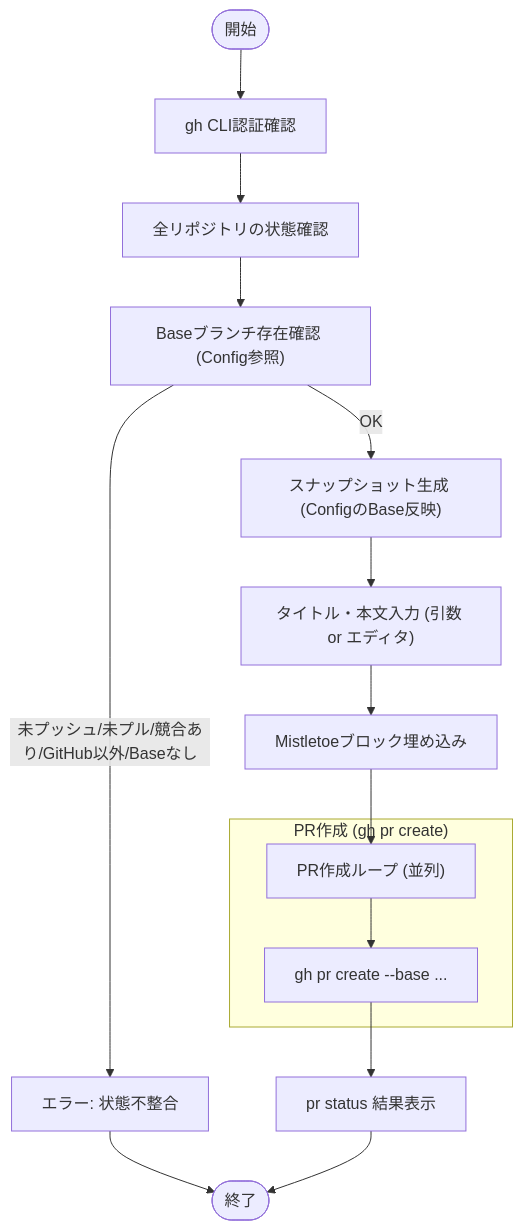
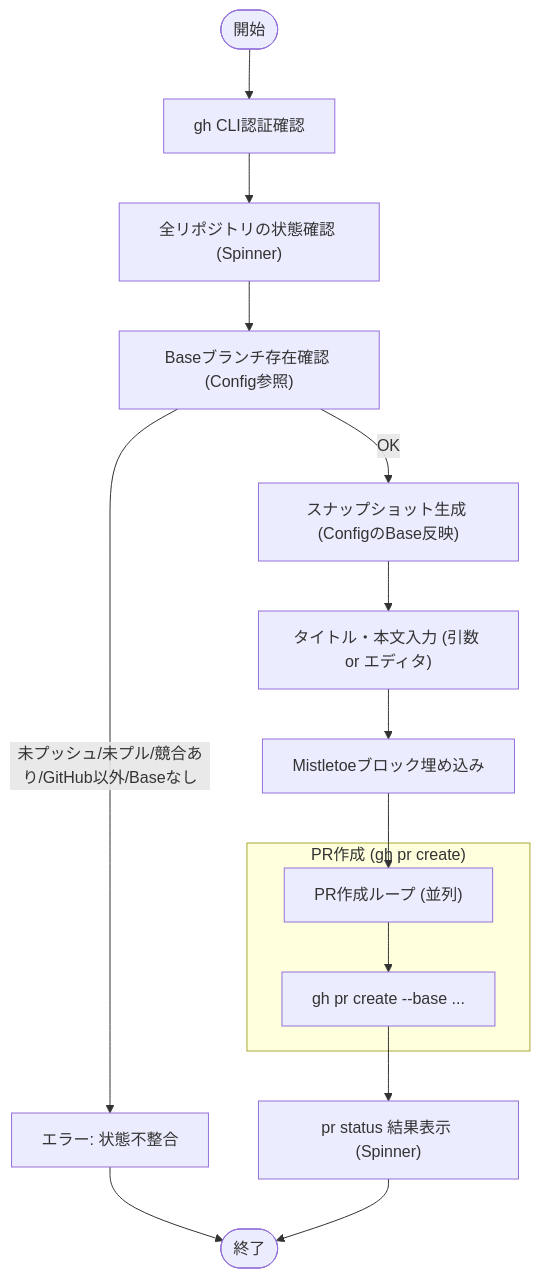
One commit to keiji/mistletoe changed the diagram in docs/internal/app/pr_create.md. Above: the diagram before and after it, drawn with Mermaid. The commit also changed 2 other files, not shown here.

Commit message:
Add progress spinner to pr create status retrieval
This change adds a progress spinner during the initial and final status retrieval steps of the `pr create` subcommand to provide better user feedback during potentially long-running operations. It also updates the design document to reflect this UI change and adds missing comments to exported types and functions in `internal/app/pr.go` and `internal/app/utils.go` to satisfy linting requirements.

````diff
--- a/docs/internal/app/pr_create.md
+++ b/docs/internal/app/pr_create.md
@@ -26,22 +26,22 @@
 ```mermaid
 flowchart TD
     Start(["開始"]) --> ValidateAuth["gh CLI認証確認"]
-    ValidateAuth --> CheckClean["全リポジトリの状態確認"]
+    ValidateAuth --> CheckClean["全リポジトリの状態確認 (Spinner)"]
     CheckClean --> VerifyBase["Baseブランチ存在確認 (Config参照)"]
 
     VerifyBase -- "未プッシュ/未プル/競合あり/GitHub以外/Baseなし" --> ErrorState["エラー: 状態不整合"]
     VerifyBase -- "OK" --> GenSnapshot["スナップショット生成 (ConfigのBase反映)"]
 
     GenSnapshot --> InputContent["タイトル・本文入力 (引数 or エディタ)"]
     InputContent --> EmbedBlock["Mistletoeブロック埋め込み"]
 
     EmbedBlock --> CreatePRs["PR作成ループ (並列)"]
 
     subgraph "PR作成 (gh pr create)"
         CreatePRs --> CallGH["gh pr create --base <ConfigBase> ..."]
     end
 
-    CallGH --> ShowStatus["pr status 結果表示"]
+    CallGH --> ShowStatus["pr status 結果表示 (Spinner)"]
     ErrorState --> Stop(["終了"])
     ShowStatus --> Stop
 ```
````
